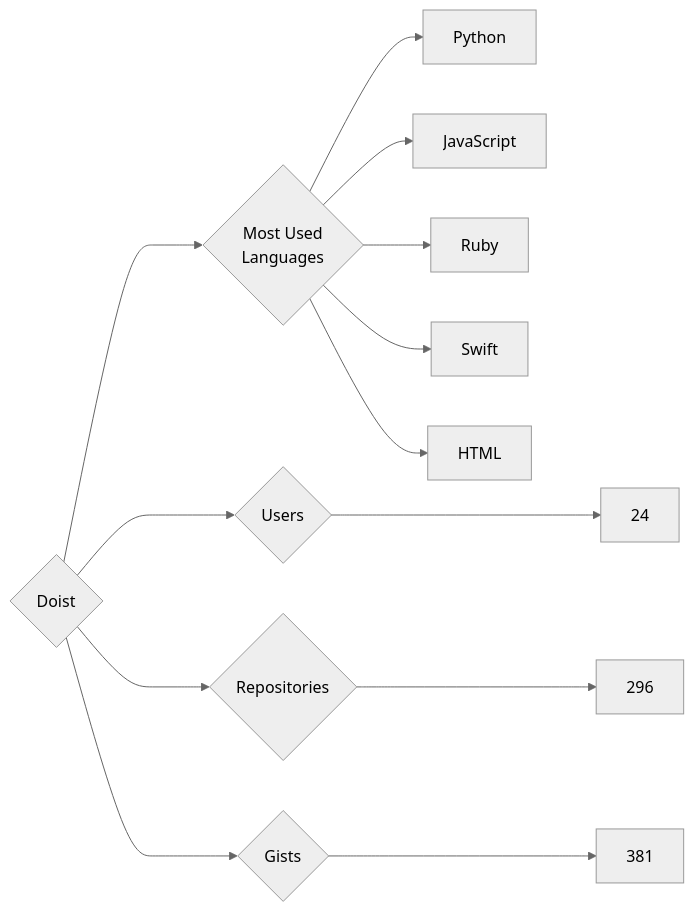
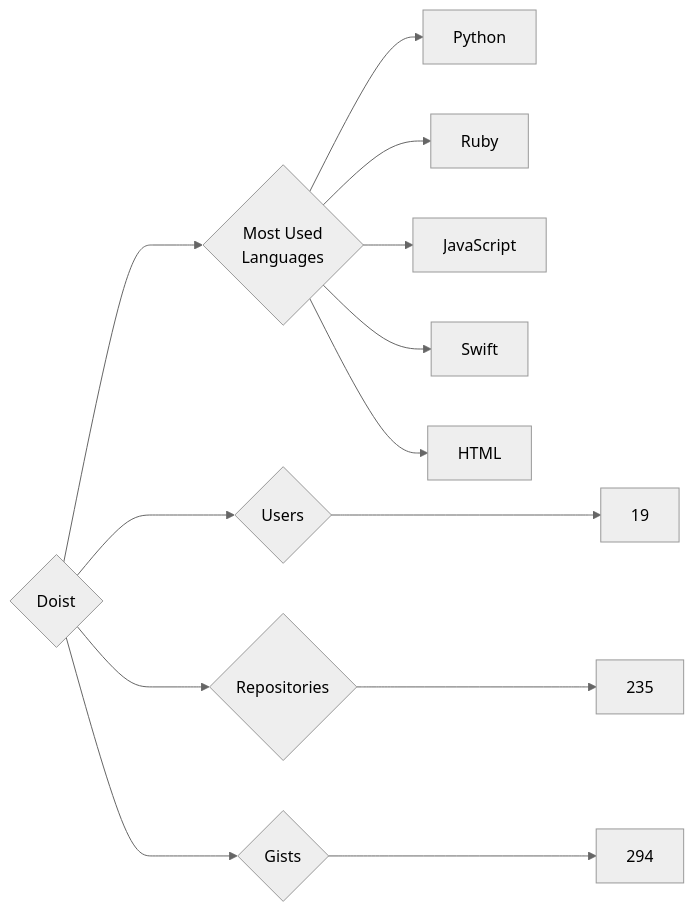
One commit to trickest/insiders changed the diagram in targets/Doist/README.md. Above: the diagram before and after it, drawn with Mermaid (neutral theme). The commit also changed 944 other files, not shown here.

````diff
--- a/targets/Doist/README.md
+++ b/targets/Doist/README.md
@@ -3,13 +3,13 @@
 ```mermaid
 graph LR
 COMPANY_NAME{Doist}
-COMPANY_NAME ---> U{Users} ---> UN[24]
-COMPANY_NAME ---> R{Repositories} ---> RN[296]
-COMPANY_NAME ---> G{Gists} ---> GN[381]
+COMPANY_NAME ---> U{Users} ---> UN[19]
+COMPANY_NAME ---> R{Repositories} ---> RN[235]
+COMPANY_NAME ---> G{Gists} ---> GN[294]
 COMPANY_NAME ---> ML{Most Used<br>Languages}
 ML --> Python[Python]
+ML --> Ruby[Ruby]
 ML --> JavaScript[JavaScript]
-ML --> Ruby[Ruby]
 ML --> Swift[Swift]
 ML --> HTML[HTML]
 ```
````
